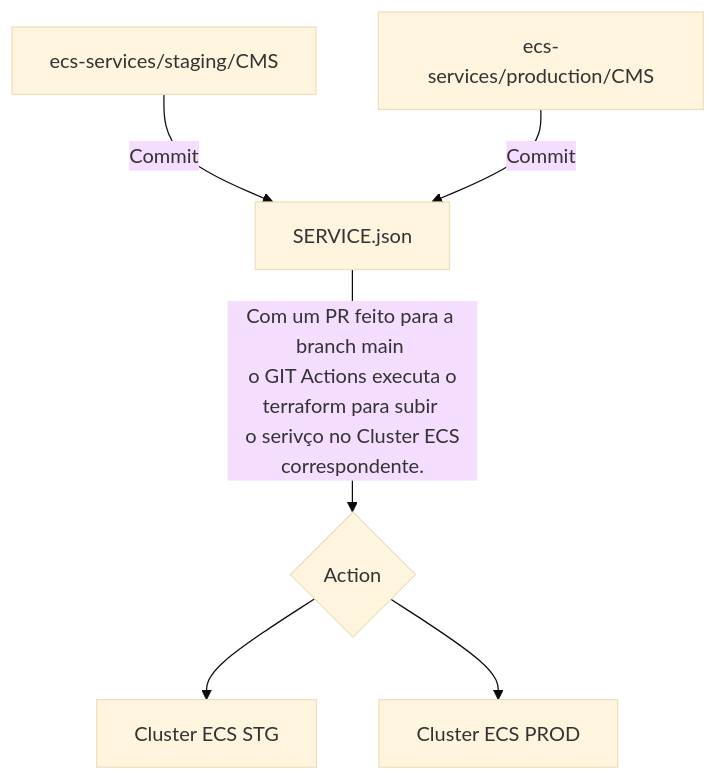
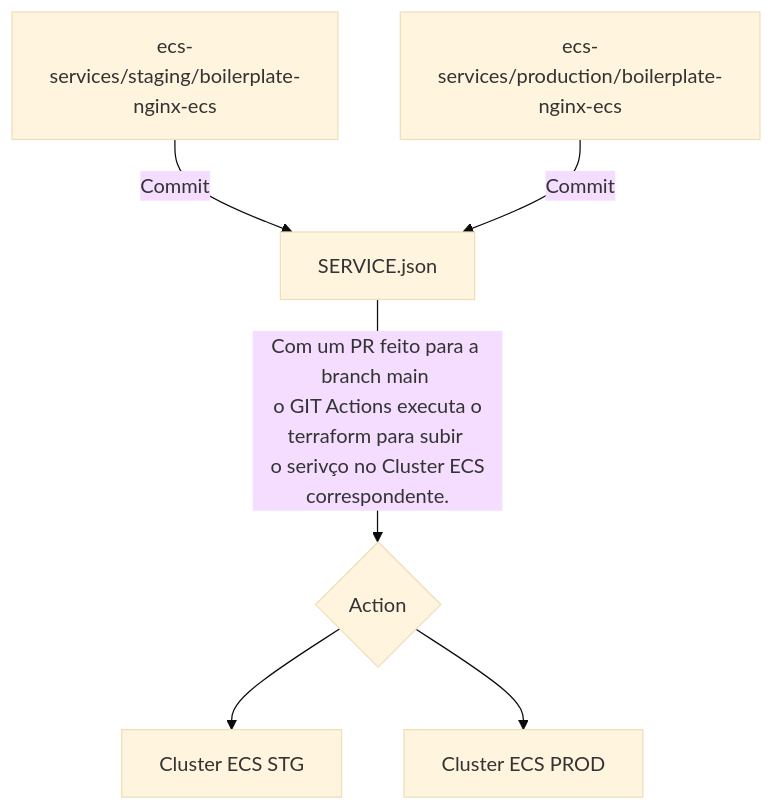
Before and after one commit to ElananRodrigues/gitops: the diagram in README.md, drawn with Mermaid (base theme). The commit also changed 10 other files, not shown here.

````diff
--- a/README.md
+++ b/README.md
@@ -1,8 +1,8 @@
 ```mermaid
 flowchart TD;
-    A1[ecs-services/staging/CMS] -->|Commit| B;
-    A2[ecs-services/production/CMS] -->|Commit| B;
+    A1[ecs-services/staging/boilerplate-nginx-ecs] -->|Commit| B;
+    A2[ecs-services/production/boilerplate-nginx-ecs] -->|Commit| B;
     B[SERVICE.json] -->|Com um PR feito para a branch main <br> o GIT Actions executa o terraform para subir <br> o serivço no Cluster ECS correspondente.| C{Action}
     C --> D[Cluster ECS STG];
     C --> F[Cluster ECS PROD];
 ```
````
